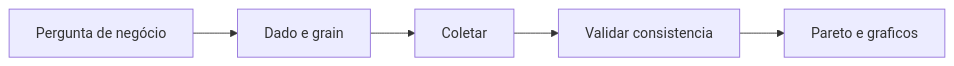
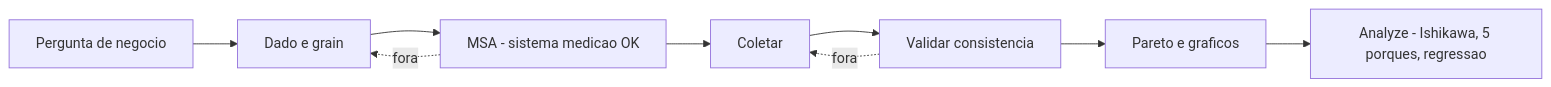
One commit to cleberhensel/logisticon-academy changed the first of 4 diagrams in aulas/trilha-melhoria-continua-e-processos/modulo-02-six-sigma-logistica/aula-02-medir-analisar-pareto-amostragem.md. Above: the diagram before and after it, drawn with Mermaid. The commit also changed other lines of this file and 122 other files, not shown here.

````diff
--- a/aulas/trilha-melhoria-continua-e-processos/modulo-02-six-sigma-logistica/aula-02-medir-analisar-pareto-amostragem.md
+++ b/aulas/trilha-melhoria-continua-e-processos/modulo-02-six-sigma-logistica/aula-02-medir-analisar-pareto-amostragem.md
@@ -47,9 +77,13 @@
 ```mermaid
 flowchart LR
-  Q[Pergunta de negócio]
+  Q[Pergunta de negocio]
   D[Dado e grain]
+  M[MSA - sistema medicao OK]
   C[Coletar]
   V[Validar consistencia]
   P[Pareto e graficos]
-  Q --> D --> C --> V --> P
+  A[Analyze - Ishikawa, 5 porques, regressao]
+  Q --> D --> M --> C --> V --> P --> A
+  M -.fora.-> D
+  V -.fora.-> C
 ```
````
